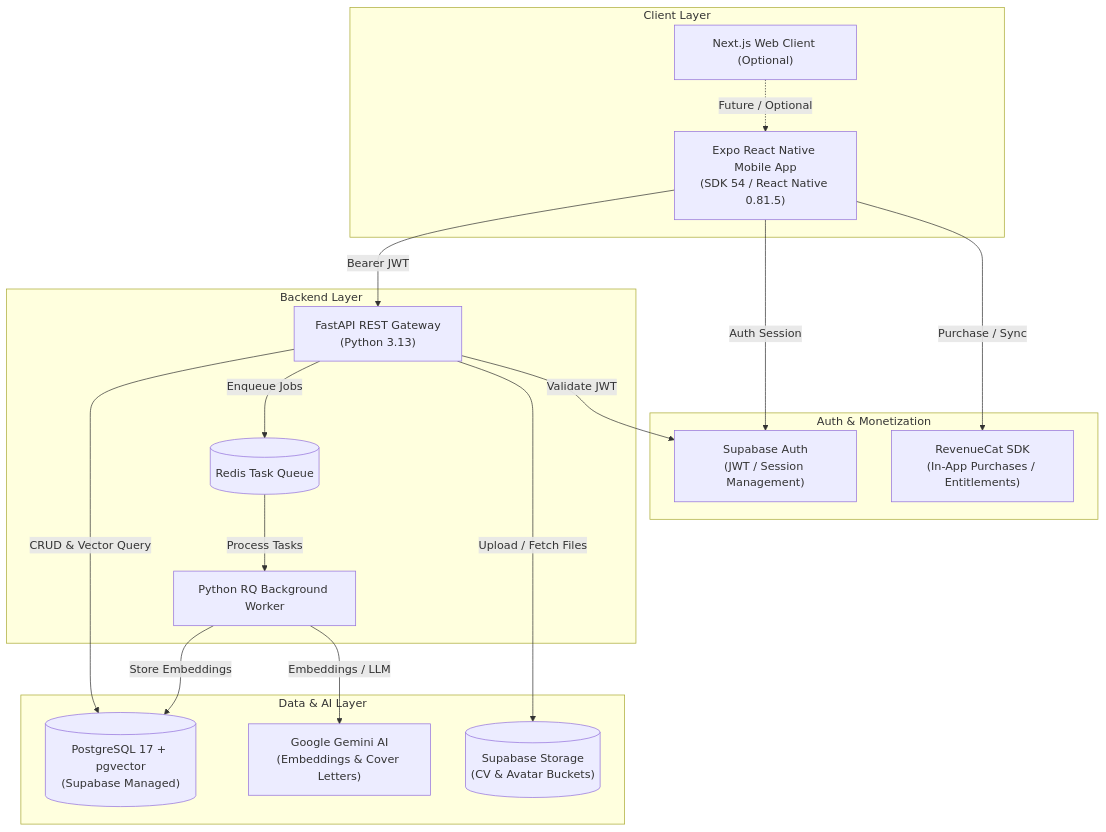
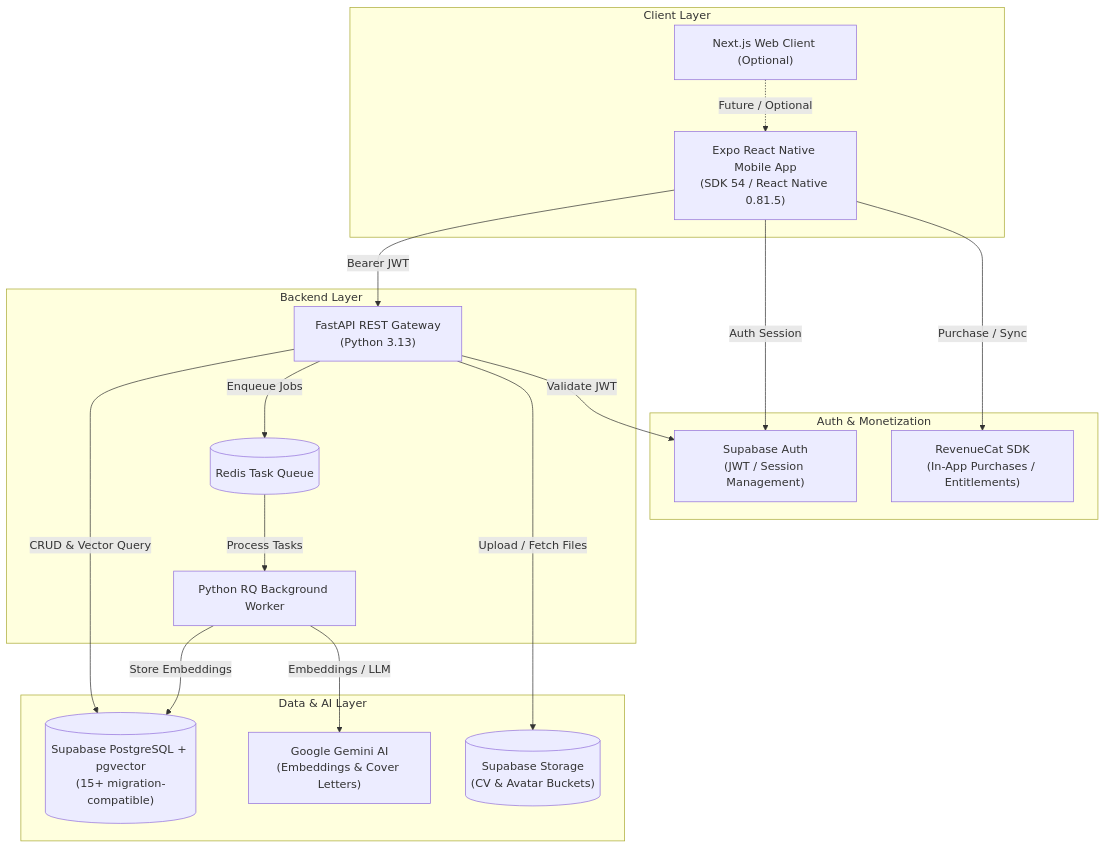
One commit to AISSCLUB/InternMatch-AI changed the diagram in README.md. Above: the diagram before and after it, drawn with Mermaid. The commit also changed other lines of this file and 12 other files, not shown here.

````diff
--- a/README.md
+++ b/README.md
@@ -85,37 +85,37 @@
 ```mermaid
 flowchart TD
     subgraph Client["Client Layer"]
         Mobile["Expo React Native Mobile App<br/>(SDK 54 / React Native 0.81.5)"]
         Web["Next.js Web Client (Optional)"]
     end
 
     subgraph AuthMonetization["Auth & Monetization"]
         SupaAuth["Supabase Auth<br/>(JWT / Session Management)"]
         RC["RevenueCat SDK<br/>(In-App Purchases / Entitlements)"]
     end
 
     subgraph Backend["Backend Layer"]
         API["FastAPI REST Gateway<br/>(Python 3.13)"]
         Worker["Python RQ Background Worker"]
         Redis[("Redis Task Queue")]
     end
 
     subgraph DataAI["Data & AI Layer"]
-        DB[("PostgreSQL 17 + pgvector<br/>(Supabase Managed)")]
+        DB[("Supabase PostgreSQL + pgvector<br/>(15+ migration-compatible)")]
         Gemini["Google Gemini AI<br/>(Embeddings & Cover Letters)"]
         Storage[("Supabase Storage<br/>(CV & Avatar Buckets)")]
     end
 
     Mobile -->|Bearer JWT| API
     Mobile -->|Auth Session| SupaAuth
     Mobile -->|Purchase / Sync| RC
     Web -.->|Future / Optional| Mobile
 
     API -->|Validate JWT| SupaAuth
     API -->|Enqueue Jobs| Redis
     Redis -->|Process Tasks| Worker
     Worker -->|Embeddings / LLM| Gemini
     Worker -->|Store Embeddings| DB
     API -->|CRUD & Vector Query| DB
     API -->|Upload / Fetch Files| Storage
 ```
````
